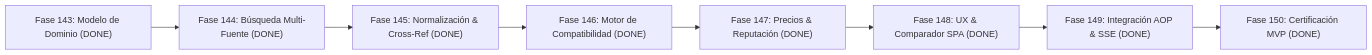
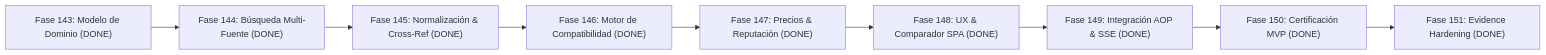
The third of 4 diagrams in docs/MASTER_WORK_PLAN.md (johangonzahenri/ai-operating-platform), drawn with Mermaid before and after one commit. The commit also changed other lines of this file and 23 other files, not shown here.

````diff
--- a/docs/MASTER_WORK_PLAN.md
+++ b/docs/MASTER_WORK_PLAN.md
@@ -854,10 +862,11 @@
 ```mermaid
 flowchart LR
     F143["Fase 143: Modelo de Dominio (DONE)"] --> F144["Fase 144: Búsqueda Multi-Fuente (DONE)"]
     F144 --> F145["Fase 145: Normalización & Cross-Ref (DONE)"]
     F145 --> F146["Fase 146: Motor de Compatibilidad (DONE)"]
     F146 --> F147["Fase 147: Precios & Reputación (DONE)"]
     F147 --> F148["Fase 148: UX & Comparador SPA (DONE)"]
     F148 --> F149["Fase 149: Integración AOP & SSE (DONE)"]
     F149 --> F150["Fase 150: Certificación MVP (DONE)"]
+    F150 --> F151["Fase 151: Evidence Hardening (DONE)"]
 ```
````
